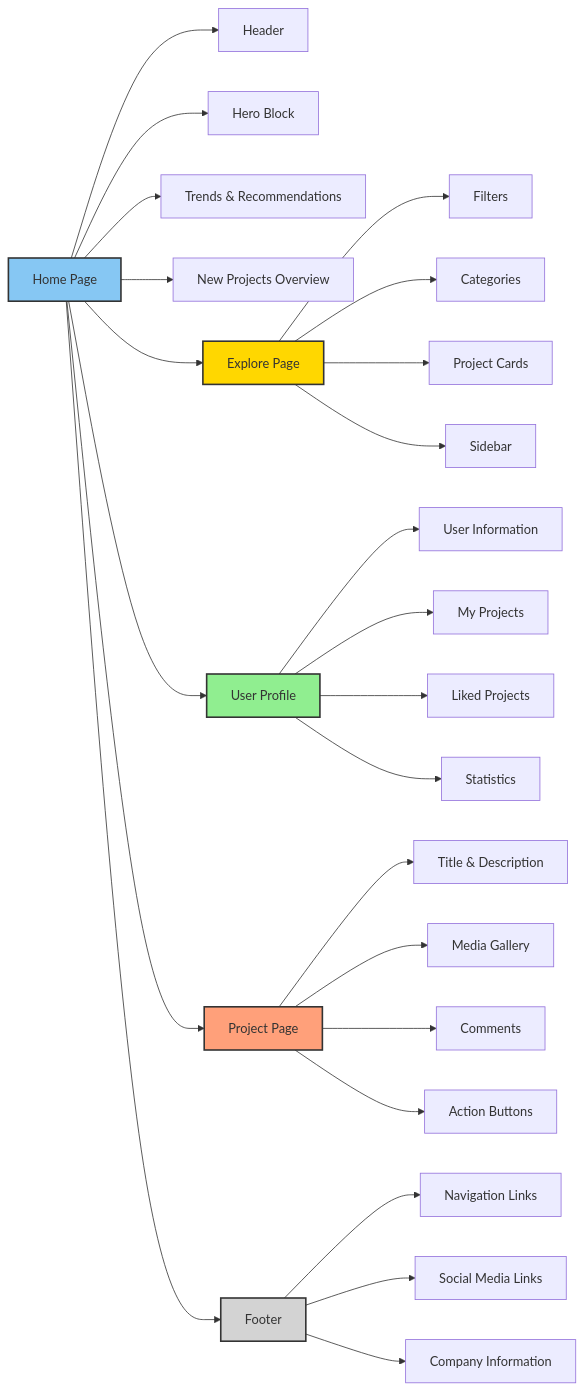
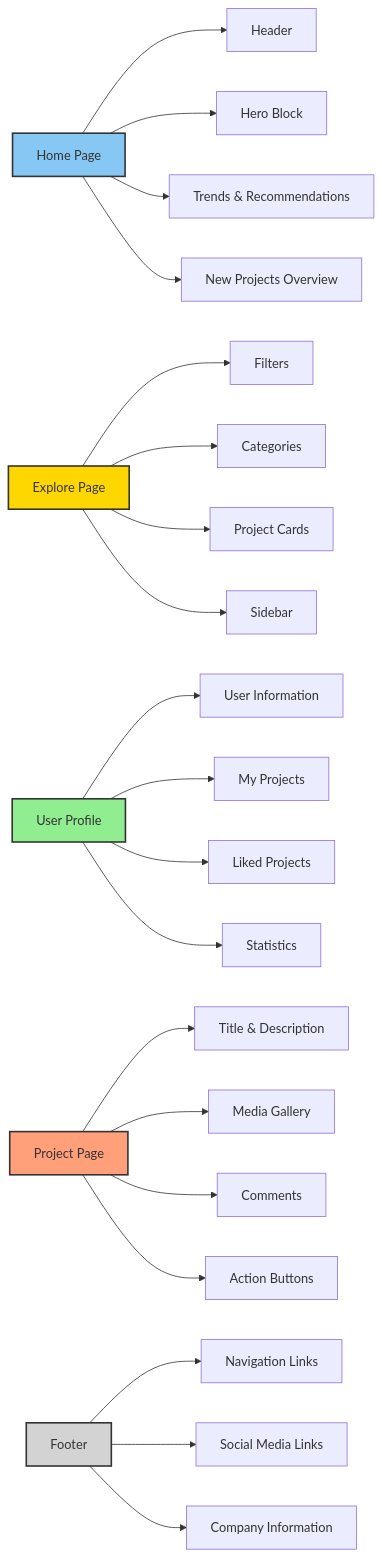
The diagram in README.md (Yarema91/Blockscheme-), drawn with Mermaid before and after one commit.

````diff
--- a/README.md
+++ b/README.md
@@ -3,40 +3,37 @@
 ```mermaid
 
 graph LR;
 
 A[Home Page] --> B[Header];
 A --> C[Hero Block];
 A --> D[Trends & Recommendations];
 A --> E[New Projects Overview];
 
-A --> F[Explore Page];
-F --> G[Filters];
+F[Explore Page] --> G[Filters];
 F --> H[Categories];
 F --> I[Project Cards];
 F --> J[Sidebar];
 
-A --> K[User Profile];
-K --> L[User Information];
+K[User Profile] --> L[User Information];
 K --> M[My Projects];
 K --> N[Liked Projects];
 K --> O[Statistics];
 
-A --> P[Project Page];
-P --> Q[Title & Description];
+P[Project Page] --> Q[Title & Description];
 P --> R[Media Gallery];
 P --> S[Comments];
 P --> T[Action Buttons];
 
-A --> U[Footer];
-U --> V[Navigation Links];
+U[Footer] --> V[Navigation Links];
 U --> W[Social Media Links];
 U --> X[Company Information];
 
 style A fill:#86C7F3, stroke:#333, stroke-width:2px;
 style F fill:#FFD700, stroke:#333, stroke-width:2px;
 style K fill:#90EE90, stroke:#333, stroke-width:2px;
 style P fill:#FFA07A, stroke:#333, stroke-width:2px;
 style U fill:#D3D3D3, stroke:#333, stroke-width:2px;
 
 
+
 ```
````
